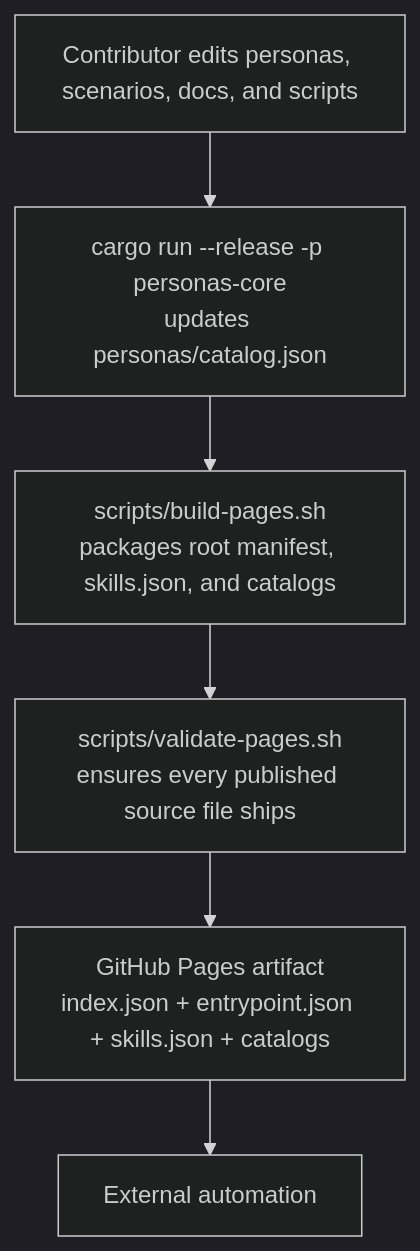
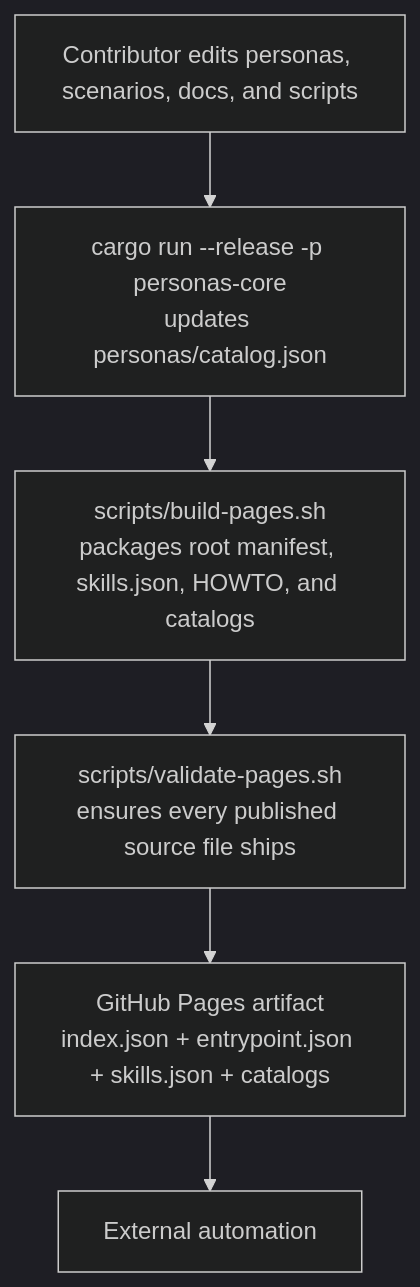
One commit to qqrm/codex-tools changed the second of 2 diagrams in README.md. Above: the diagram before and after it, drawn with Mermaid (dark theme). The commit also changed other lines of this file and 19 other files, not shown here.

````diff
--- a/README.md
+++ b/README.md
@@ -208,11 +238,11 @@
 ```mermaid
 flowchart TD
   Dev["Contributor edits personas, scenarios, docs, and scripts"]
   Generator["cargo run --release -p personas-core<br/>updates personas/catalog.json"]
-  Bundle["scripts/build-pages.sh<br/>packages root manifest, skills.json, and catalogs"]
+  Bundle["scripts/build-pages.sh<br/>packages root manifest, skills.json, HOWTO, and catalogs"]
   Validate["scripts/validate-pages.sh<br/>ensures every published source file ships"]
   Pages["GitHub Pages artifact<br/>index.json + entrypoint.json + skills.json + catalogs"]
   Consumers["External automation"]
 
   Dev --> Generator --> Bundle --> Validate --> Pages --> Consumers
 ```
````
